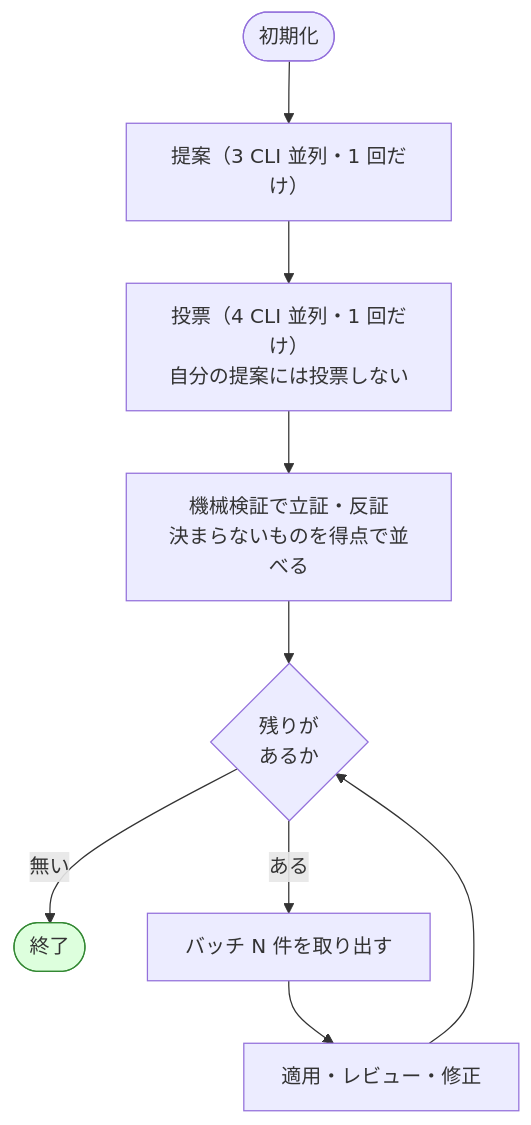
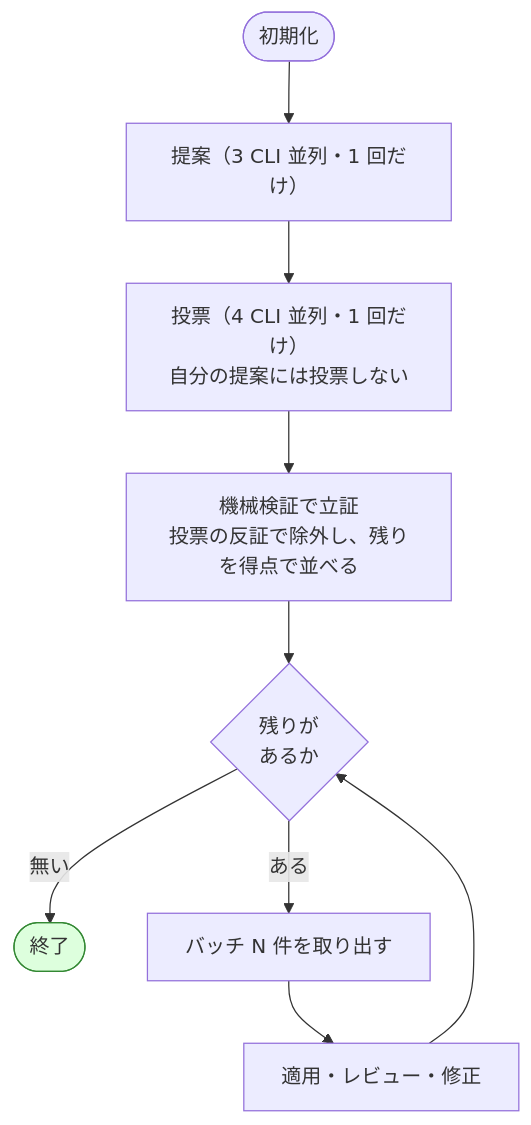
Before and after one commit to devbasex/ai-plugins: the diagram in issues/issue-113-cross-refactoring-round-time-and-defects.md, drawn with Mermaid. The commit also changed 1 other file, not shown here.

Commit message:
Docs: 収集例の重複率と、フローチャートの語・Task 2 の停止手段を揃える
- issue-159: 収集例の重複率を統合後 26 件の分母へ揃えて 15.4% にする
- issue-159: Task 2 の変更内容へ出力を止める手段を書き、受け入れ条件 4 と対応させる
- issue-113: 図の M ノードを、機械検証の立証と投票の反証を分けた記述へ直す

Claude-Session: https://claude.ai/code/session_01TtuVcaVoECYBPLReGFYGUM

````diff
--- a/issues/issue-113-cross-refactoring-round-time-and-defects.md
+++ b/issues/issue-113-cross-refactoring-round-time-and-defects.md
@@ -130,13 +130,13 @@
 ```mermaid
 flowchart TD
     I([初期化]) --> P["提案（3 CLI 並列・1 回だけ）"]
     P --> V["投票（4 CLI 並列・1 回だけ）<br/>自分の提案には投票しない"]
-    V --> M["機械検証で立証・反証<br/>決まらないものを得点で並べる"]
+    V --> M["機械検証で立証<br/>投票の反証で除外し、残りを得点で並べる"]
     M --> E{"残りが<br/>あるか"}
     E -->|無い| F([終了]):::ok
     E -->|ある| B["バッチ N 件を取り出す"]
     B --> A["適用・レビュー・修正"]
     A --> E
 
     classDef ok fill:#dfd,stroke:#383
 ```
````
